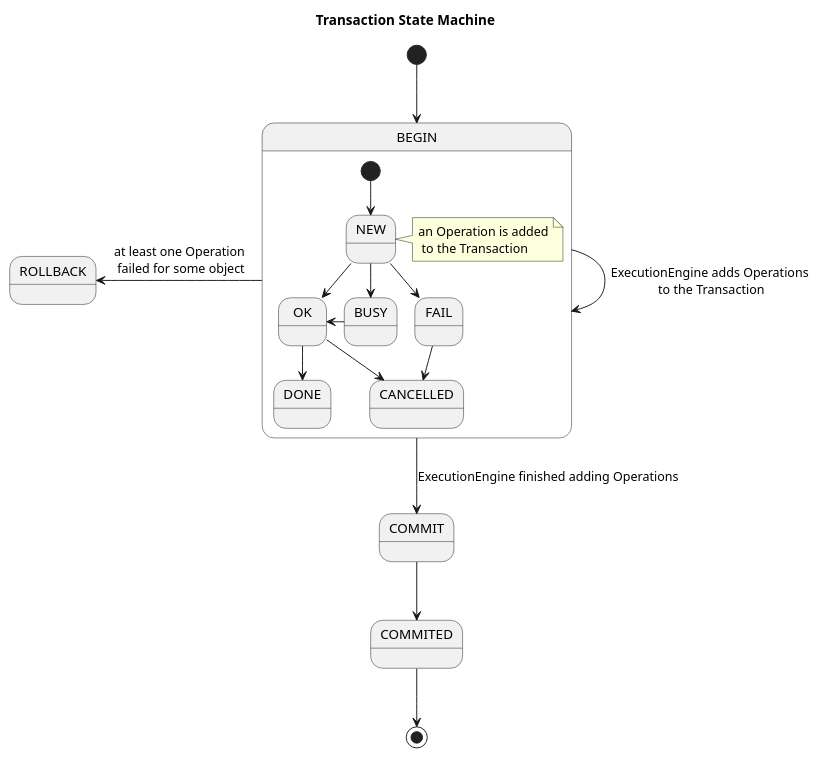
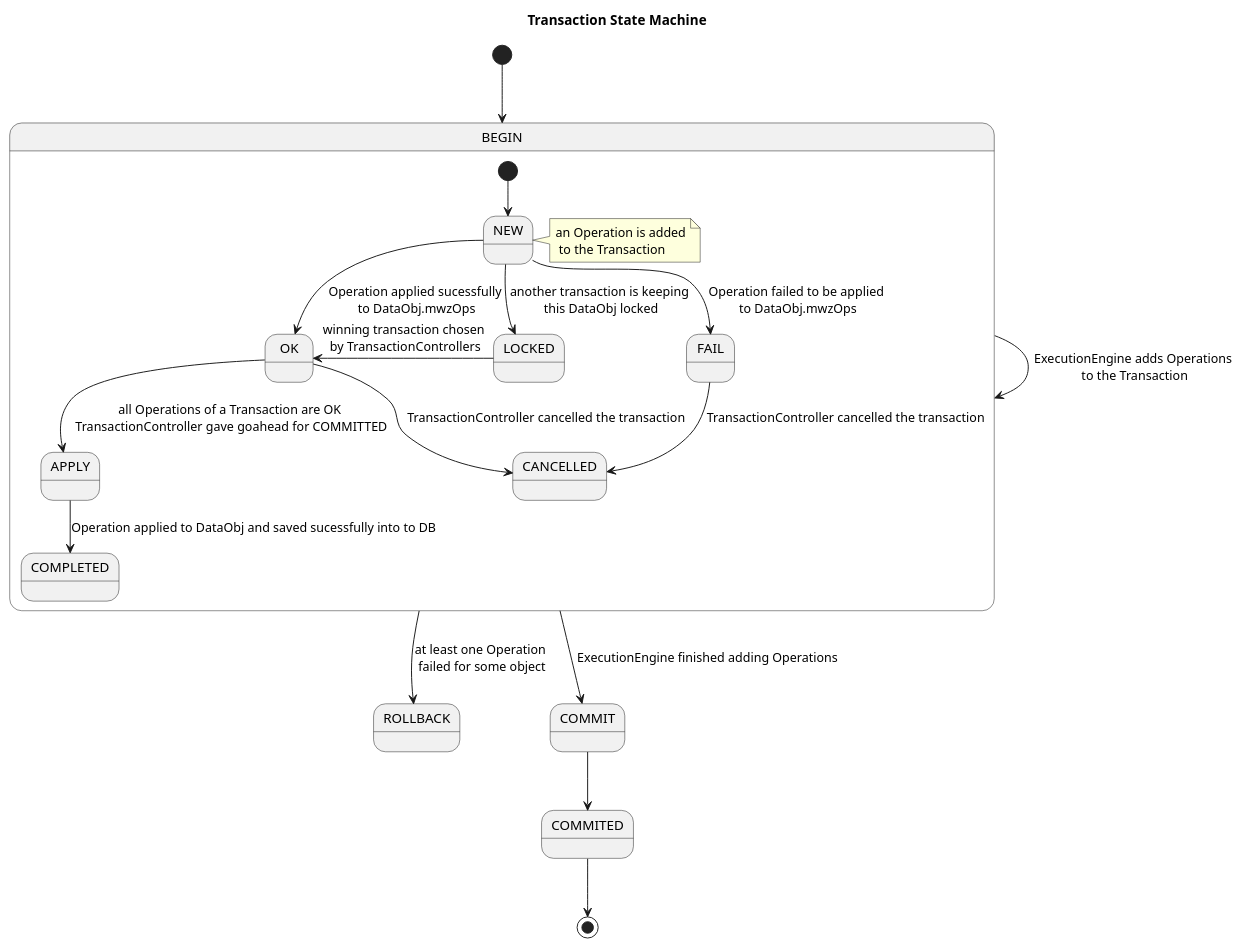
The diagram in docs/transaction_state.puml (formuladb/poc1), drawn with PlantUML before and after one commit.

Commit message:
more state machine

```diff
--- a/docs/transaction_state.puml
+++ b/docs/transaction_state.puml
@@ -1,29 +1,30 @@
 @startuml TransactionStateMachine
 
 title Transaction State Machine
 
 [*] --> BEGIN
 
 BEGIN -> BEGIN: ExecutionEngine adds Operations\n to the Transaction
 
-BEGIN -left-> ROLLBACK: at least one Operation\n failed for some object
+BEGIN --> ROLLBACK: at least one Operation\n failed for some object
 
 BEGIN --> COMMIT: ExecutionEngine finished adding Operations
 
 state BEGIN {
   [*] --> NEW
   note right of NEW: an Operation is added\n to the Transaction
-  NEW --> OK
-  NEW --> FAIL
-  NEW --> BUSY
-  BUSY -left-> OK
-  OK --> DONE
-  FAIL --> CANCELLED
-  OK --> CANCELLED
+  NEW --> OK: Operation applied sucessfully\n to DataObj.mwzOps
+  NEW --> FAIL: Operation failed to be applied\n to DataObj.mwzOps
+  NEW --> LOCKED: another transaction is keeping\n this DataObj locked
+  LOCKED -left-> OK: winning transaction chosen\n by TransactionControllers
+  OK --> APPLY: all Operations of a Transaction are OK\n TransactionController gave goahead for COMMITTED
+  FAIL --> CANCELLED: TransactionController cancelled the transaction
+  OK --> CANCELLED: TransactionController cancelled the transaction
+  APPLY --> COMPLETED: Operation applied to DataObj and saved sucessfully into to DB
 }
 
 COMMIT --> COMMITED
 
 COMMITED --> [*]
 
 @enduml
```
